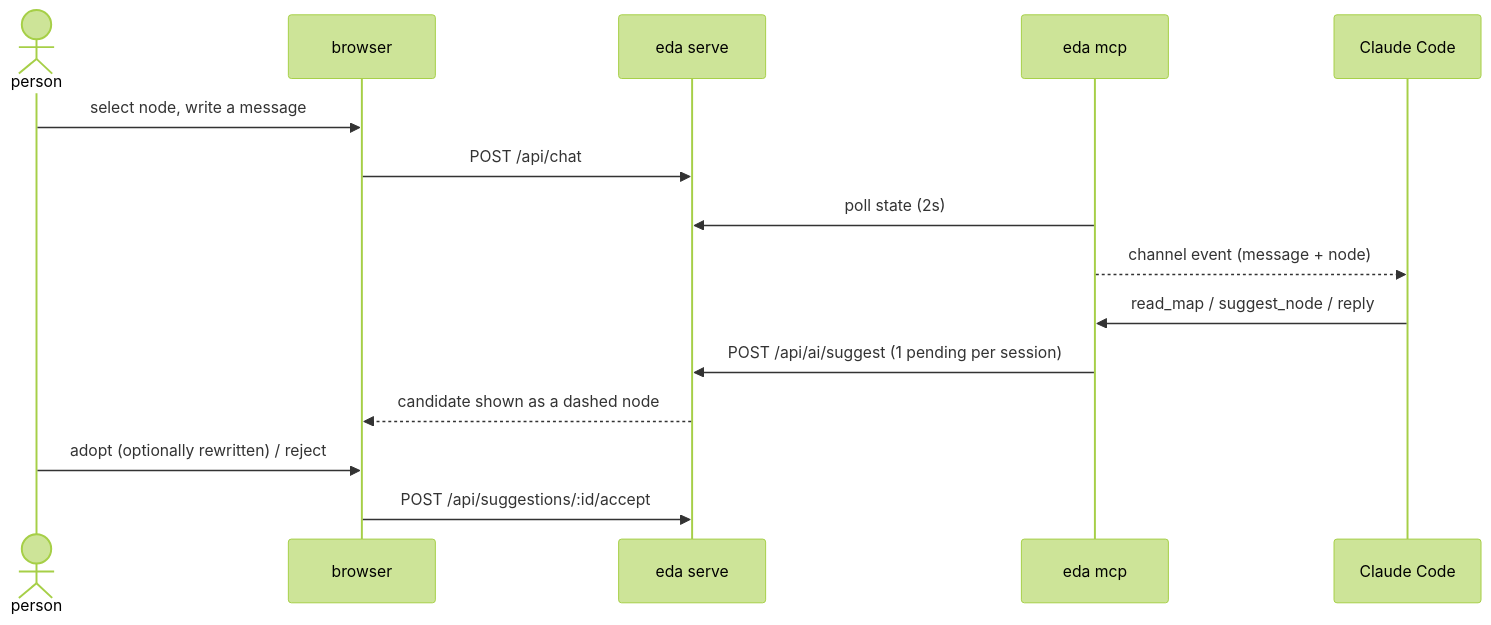
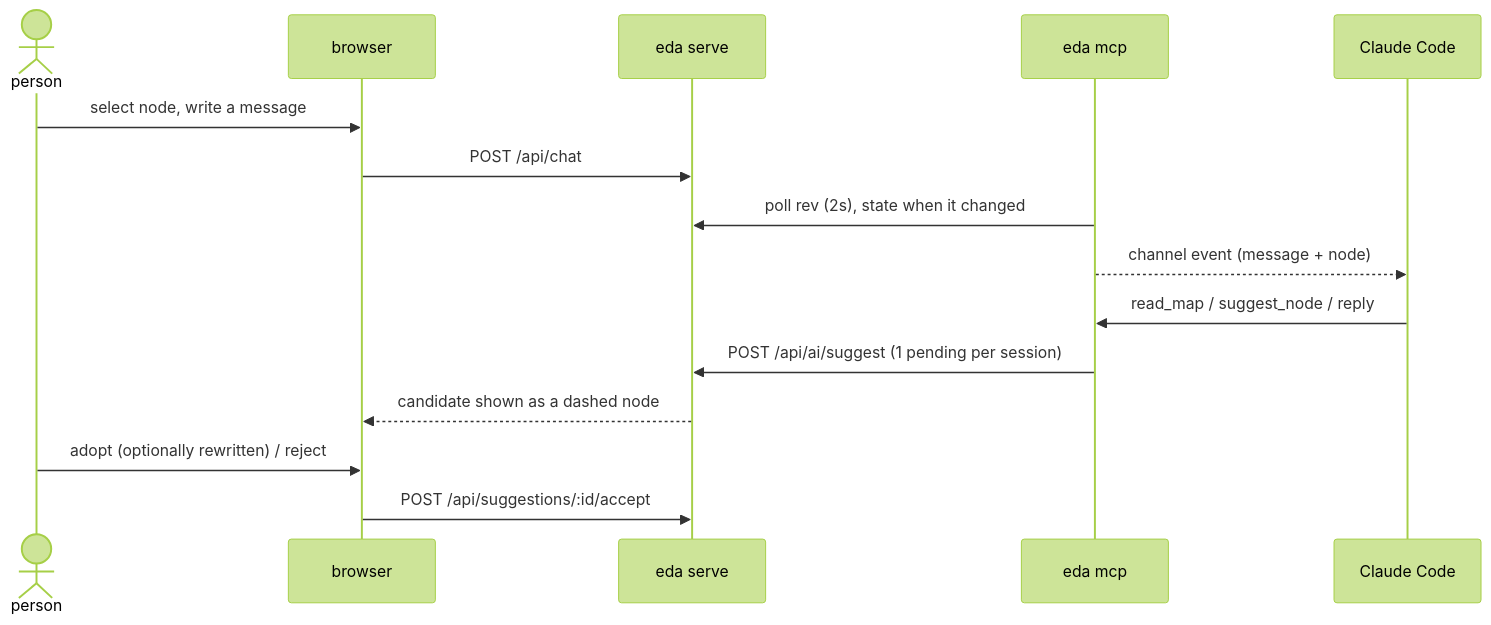
Before and after one commit to TakashiAihara/eda: the second of 2 diagrams in docs/design/0001-v1.md, drawn with Mermaid (forest theme). The commit also changed other lines of this file and 12 other files, not shown here.

````diff
--- a/docs/design/0001-v1.md
+++ b/docs/design/0001-v1.md
@@ -34,17 +34,17 @@
 ```mermaid
 sequenceDiagram
     actor P as person
     participant B as browser
     participant S as eda serve
     participant M as eda mcp
     participant C as Claude Code
     P->>B: select node, write a message
     B->>S: POST /api/chat
-    M->>S: poll state (2s)
+    M->>S: poll rev (2s), state when it changed
     M-->>C: channel event (message + node)
     C->>M: read_map / suggest_node / reply
     M->>S: POST /api/ai/suggest (1 pending per session)
     S-->>B: candidate shown as a dashed node
     P->>B: adopt (optionally rewritten) / reject
     B->>S: POST /api/suggestions/:id/accept
 ```
````
